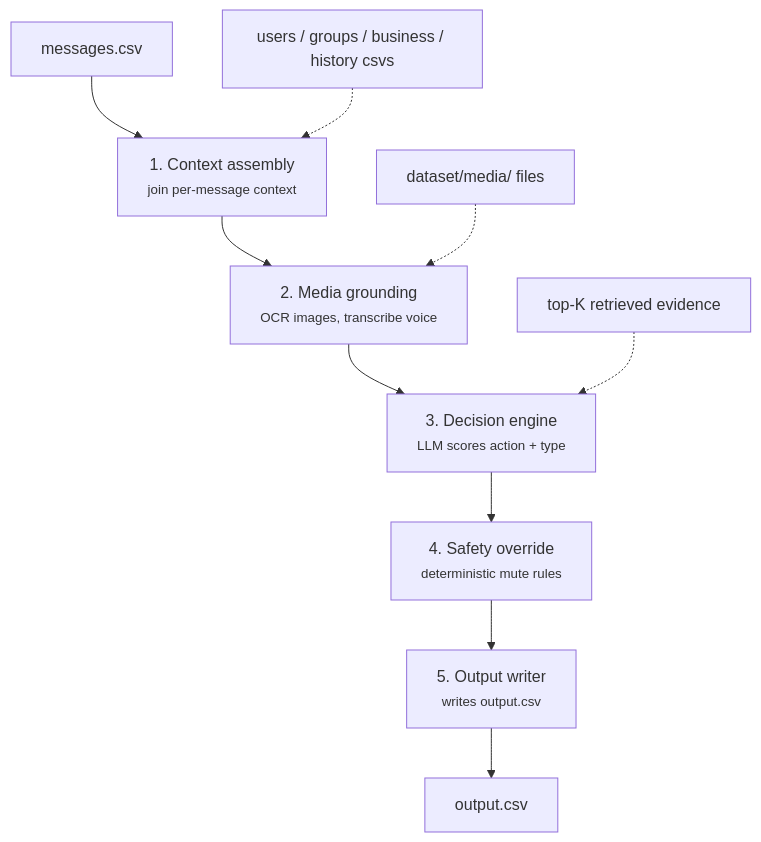
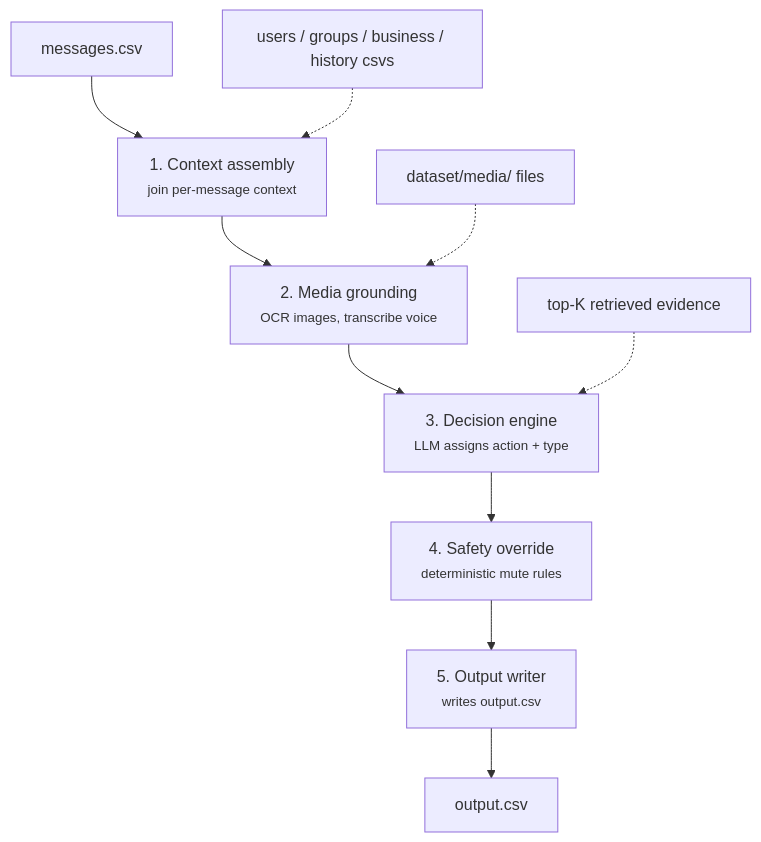
One commit to deshanekanayaka/hackerrank-orchestrate-august26 changed the diagram in README.md. Above: the diagram before and after it, drawn with Mermaid. The commit also changed other lines of this file and 5 other files, not shown here.

````diff
--- a/README.md
+++ b/README.md
@@ -38,12 +44,12 @@
 ```mermaid
 flowchart TB
     IN["messages.csv"] --> S1
     CTX["users / groups / business / history csvs"] -.-> S1
     S1["1. Context assembly<br/><small>join per-message context</small>"] --> S2
     MEDIA["dataset/media/ files"] -.-> S2
     S2["2. Media grounding<br/><small>OCR images, transcribe voice</small>"] --> S3
     EVID["top-K retrieved evidence"] -.-> S3
-    S3["3. Decision engine<br/><small>LLM scores action + type</small>"] --> S4
+    S3["3. Decision engine<br/><small>LLM assigns action + type</small>"] --> S4
     S4["4. Safety override<br/><small>deterministic mute rules</small>"] --> S5
     S5["5. Output writer<br/><small>writes output.csv</small>"] --> OUT["output.csv"]
 ```
````
